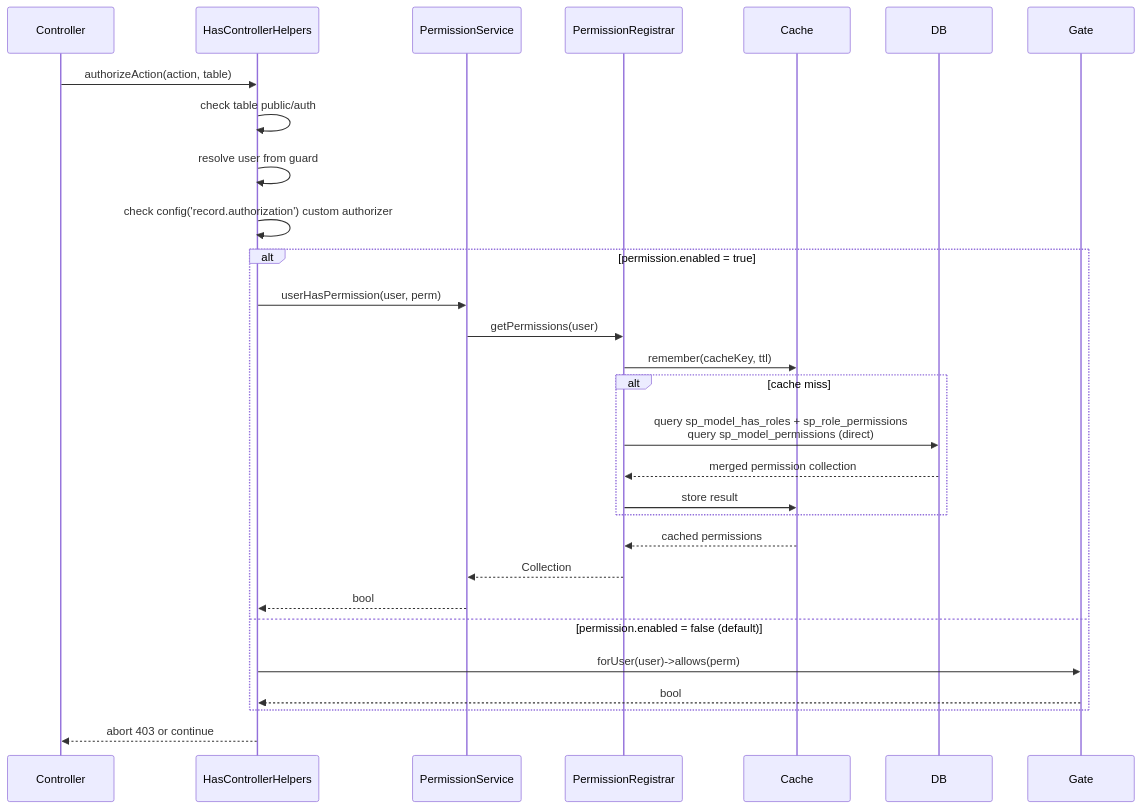
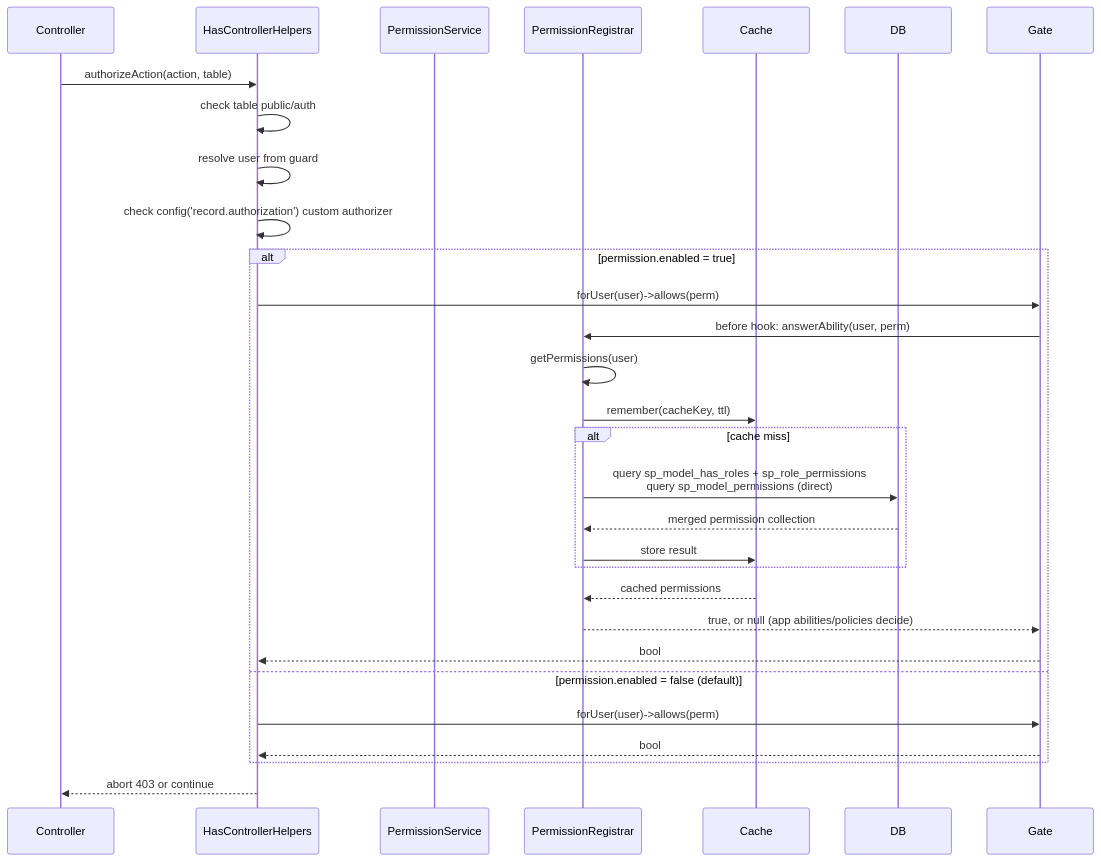
One commit to sopheaksem9999/sp-laravel-unified-api changed the second of 3 diagrams in docs/guide/features/feature-permission.md. Above: the diagram before and after it, drawn with Mermaid. The commit also changed other lines of this file and 7 other files, not shown here.

Commit message:
feat: route API permission checks through Laravel Gate

````diff
--- a/docs/guide/features/feature-permission.md
+++ b/docs/guide/features/feature-permission.md
@@ -137,31 +137,32 @@
 ```mermaid
 sequenceDiagram
     participant C as Controller
     participant HCH as HasControllerHelpers
     participant PS as PermissionService
     participant PR as PermissionRegistrar
     participant Cache
     participant DB
 
     C->>HCH: authorizeAction(action, table)
     HCH->>HCH: check table public/auth
     HCH->>HCH: resolve user from guard
     HCH->>HCH: check config('record.authorization') custom authorizer
     alt permission.enabled = true
-        HCH->>PS: userHasPermission(user, perm)
-        PS->>PR: getPermissions(user)
+        HCH->>Gate: forUser(user)->allows(perm)
+        Gate->>PR: before hook: answerAbility(user, perm)
+        PR->>PR: getPermissions(user)
         PR->>Cache: remember(cacheKey, ttl)
         alt cache miss
             PR->>DB: query sp_model_has_roles + sp_role_permissions<br/>query sp_model_permissions (direct)
             DB-->>PR: merged permission collection
             PR->>Cache: store result
         end
         Cache-->>PR: cached permissions
-        PR-->>PS: Collection
-        PS-->>HCH: bool
+        PR-->>Gate: true, or null (app abilities/policies decide)
+        Gate-->>HCH: bool
     else permission.enabled = false (default)
         HCH->>Gate: forUser(user)->allows(perm)
         Gate-->>HCH: bool
     end
     HCH-->>C: abort 403 or continue
 ```
````
